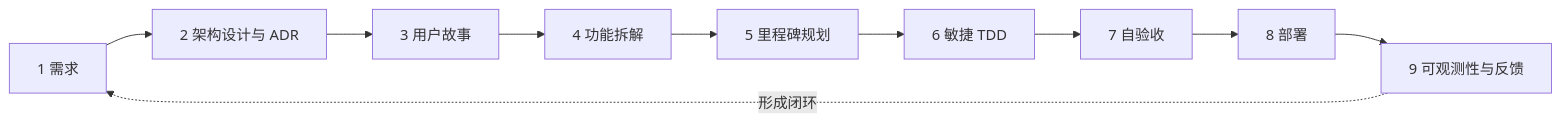
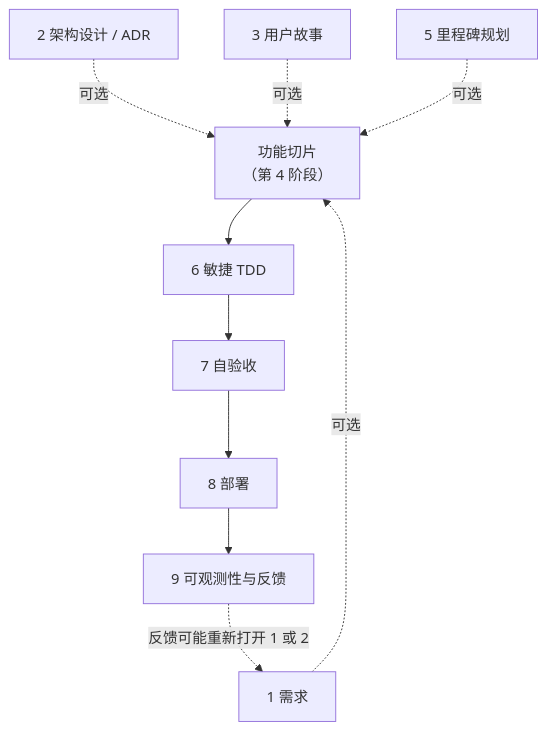
Before and after one commit to Caesarlo/sdlc-harness: the second of 2 diagrams in README.zh-CN.md, drawn with Mermaid. The commit also changed other lines of this file and 6 other files, not shown here.

````diff
--- a/README.zh-CN.md
+++ b/README.zh-CN.md
@@ -183,12 +186,13 @@
 ```mermaid
-flowchart LR
-    A["1 需求"] --> B["2 架构设计与 ADR"]
-    B --> C["3 用户故事"]
-    C --> D["4 功能拆解"]
-    D --> E["5 里程碑规划"]
-    E --> F["6 敏捷 TDD"]
+flowchart TB
+    Slice["功能切片\n（第 4 阶段）"]
+    A["1 需求"] -.可选.-> Slice
+    B["2 架构设计 / ADR"] -.可选.-> Slice
+    C["3 用户故事"] -.可选.-> Slice
+    E["5 里程碑规划"] -.可选.-> Slice
+    Slice --> F["6 敏捷 TDD"]
     F --> G["7 自验收"]
     G --> H["8 部署"]
     H --> I["9 可观测性与反馈"]
-    I -."形成闭环".-> A
+    I -."反馈可能重新打开 1 或 2".-> A
 ```
````
